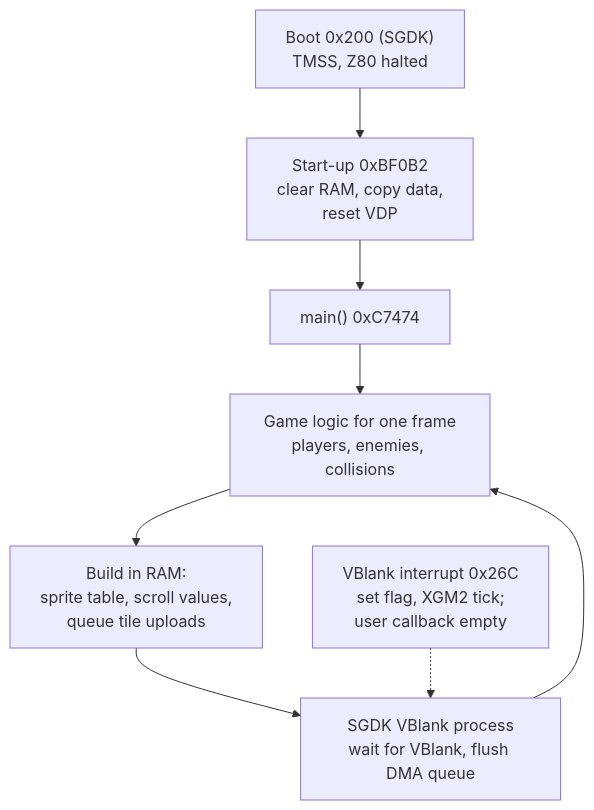
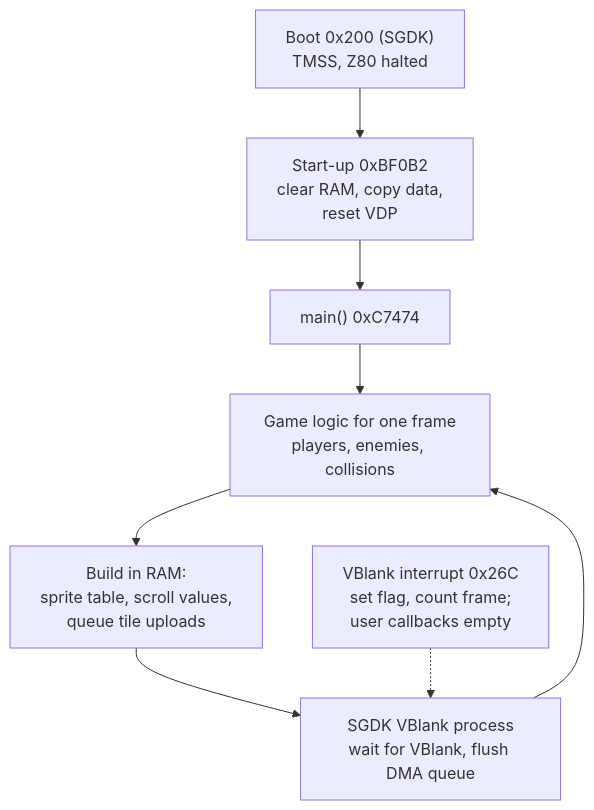
Before and after one commit to Evilu/cadillacs-and-dinosaurs-md: the second of 5 diagrams in docs/02-final-fight-arcade-vs-md.md, drawn with Mermaid. The commit also changed other lines of this file and 4 other files, not shown here.

````diff
--- a/docs/02-final-fight-arcade-vs-md.md
+++ b/docs/02-final-fight-arcade-vs-md.md
@@ -90,10 +116,10 @@
 ```mermaid
 flowchart TD
     BOOT["Boot 0x200 (SGDK)<br/>TMSS, Z80 halted"] --> START["Start-up 0xBF0B2<br/>clear RAM, copy data,<br/>reset VDP"]
     START --> MAIN["main() 0xC7474"]
     MAIN --> LOGIC["Game logic for one frame<br/>players, enemies, collisions"]
     LOGIC --> BUILD["Build in RAM:<br/>sprite table, scroll values,<br/>queue tile uploads"]
     BUILD --> WAIT["SGDK VBlank process<br/>wait for VBlank, flush DMA queue"]
     WAIT --> LOGIC
-    VINT["VBlank interrupt 0x26C<br/>set flag, XGM2 tick;<br/>user callback empty"] -.-> WAIT
+    VINT["VBlank interrupt 0x26C<br/>set flag, count frame;<br/>user callbacks empty"] -.-> WAIT
 ```
````
